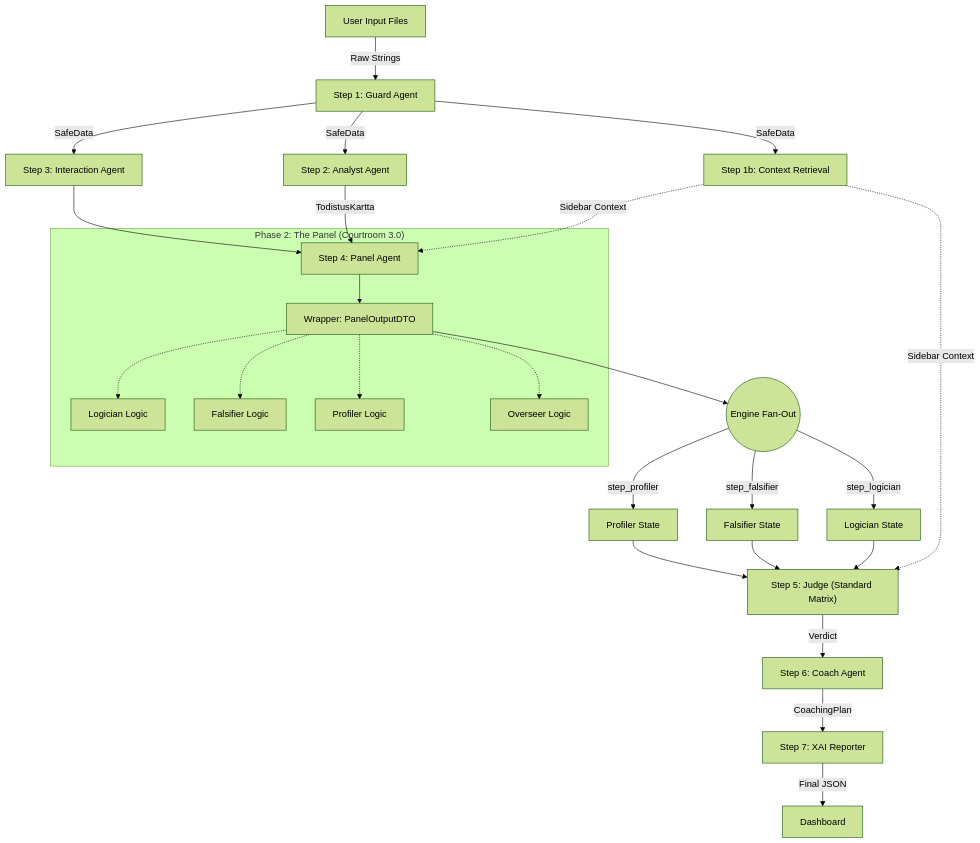
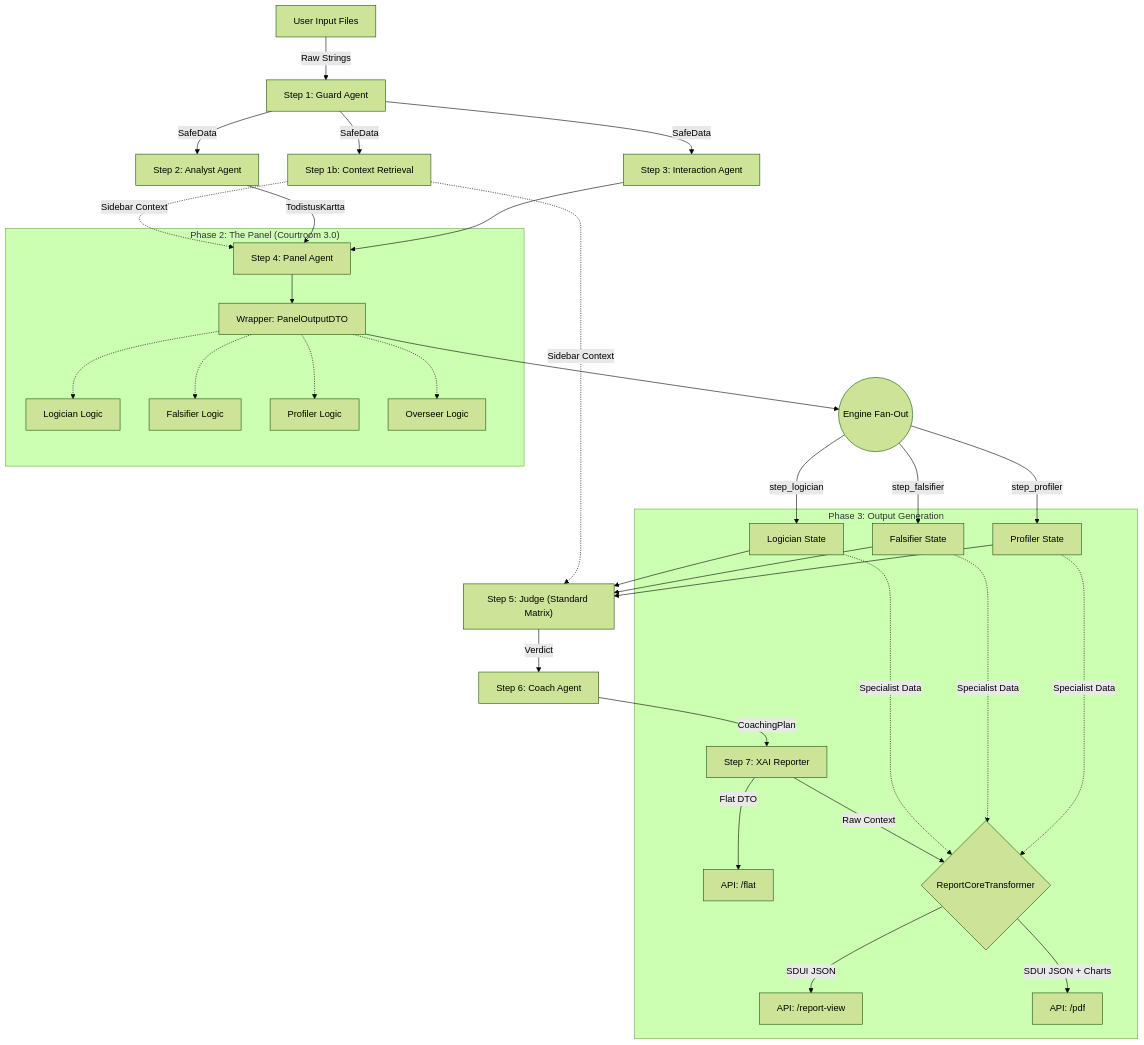
The diagram in docs/workflow_data_architecture.md (launis/quorum), drawn with Mermaid (forest theme) before and after one commit. The commit also changed other lines of this file and 119 other files, not shown here.

Commit message:
feat: Implement core backend services, models, agents, API routes, and reporting hooks, alongside new documentation and tests.

````diff
--- a/docs/workflow_data_architecture.md
+++ b/docs/workflow_data_architecture.md
@@ -15,57 +15,72 @@
 ```mermaid
 graph TD
     %% Nodes
     UserInput[User Input Files]
     Guard[Step 1: Guard Agent]
     Context[Step 1b: Context Retrieval]
     Analyst[Step 2: Analyst Agent]
     Interaction[Step 3: Interaction Agent]
     
     %% Fused Logic
     subgraph "Phase 2: The Panel (Courtroom 3.0)"
         Panel[Step 4: Panel Agent]
         note1[Wrapper: PanelOutputDTO]
         
         Logic[Logician Logic]
         False[Falsifier Logic]
         Prof[Profiler Logic]
         Over[Overseer Logic]
         
         Panel --> note1
         note1 -.-> Logic
         note1 -.-> False
         note1 -.-> Prof
         note1 -.-> Over
     end
     
     %% Fan Out
     FanOut((Engine Fan-Out))
     note1 --> FanOut
     FanOut -->|step_logician| StateLogician[Logician State]
     FanOut -->|step_falsifier| StateFalsifier[Falsifier State]
     FanOut -->|step_profiler| StateProfiler[Profiler State]
     
     JudgeStandard["Step 5: Judge (Standard Matrix)"]
     Coach[Step 6: Coach Agent]
     XAI[Step 7: XAI Reporter]
     
+    %% Output Generation Pipeline
+    subgraph "Phase 3: Output Generation"
+        FlatAPI[API: /flat]
+        Transformer{ReportCoreTransformer}
+        UI_API[API: /report-view]
+        PDF_API[API: /pdf]
+        
+        XAI -->|Flat DTO| FlatAPI
+        XAI -->|Raw Context| Transformer
+        StateLogician -.->|Specialist Data| Transformer
+        StateFalsifier -.->|Specialist Data| Transformer
+        StateProfiler -.->|Specialist Data| Transformer
+        Transformer -->|SDUI JSON| UI_API
+        Transformer -->|SDUI JSON + Charts| PDF_API
+    end
+    
     %% Flows
     UserInput -->|Raw Strings| Guard
     Guard -->|SafeData| Context
     Context -.->|Sidebar Context| Panel
     Context -.->|Sidebar Context| JudgeStandard
     
     Guard -->|SafeData| Analyst
     Guard -->|SafeData| Interaction
     
     Analyst -->|TodistusKartta| Panel
     Interaction --> Panel
     
     StateLogician --> JudgeStandard
     StateFalsifier --> JudgeStandard
     StateProfiler --> JudgeStandard
     
     JudgeStandard -->|Verdict| Coach
     Coach -->|CoachingPlan| XAI
-    XAI -->|Final JSON| Dashboard
 ```
````
